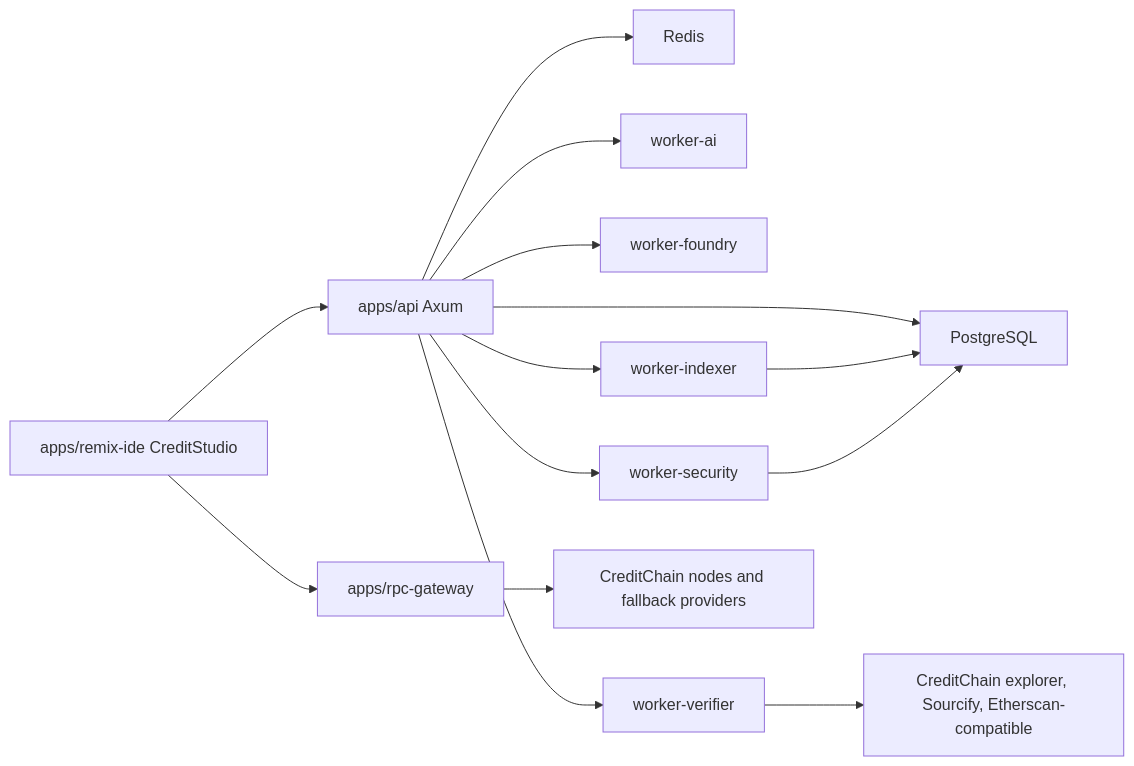
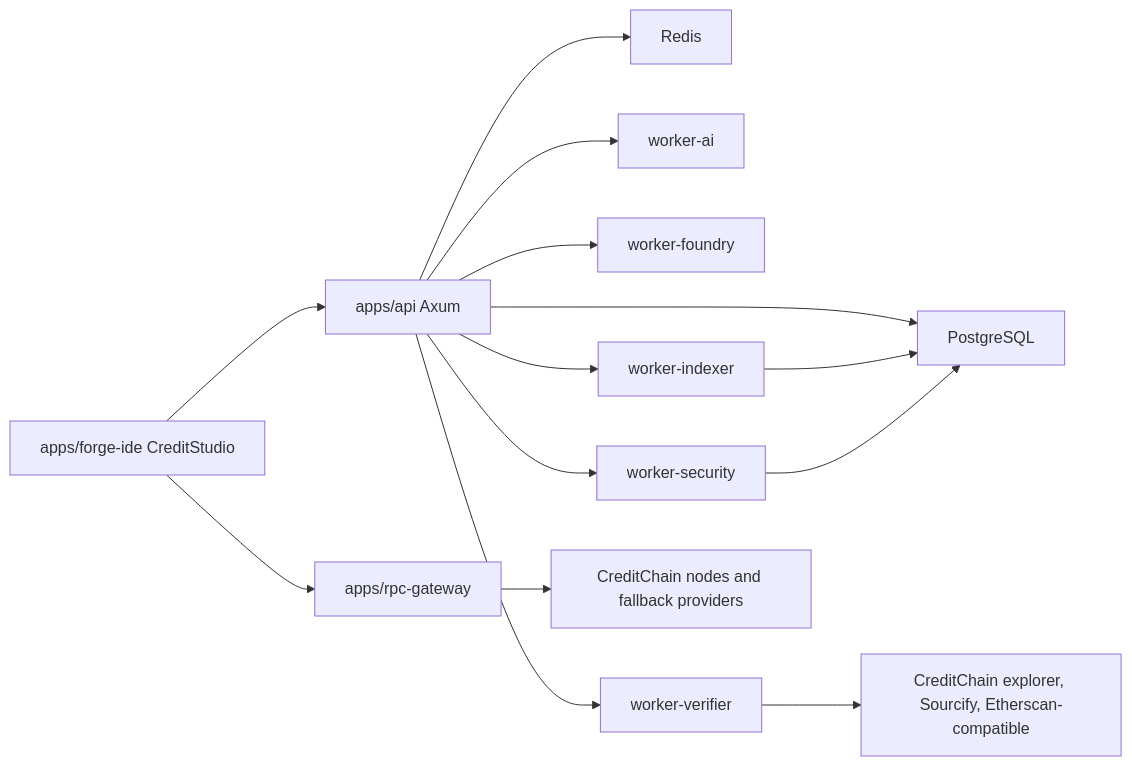
One commit to openibank/forge changed the diagram in docs/creditforge/ARCHITECTURE.md. Above: the diagram before and after it, drawn with Mermaid. The commit also changed 3483 other files, not shown here.

Commit message:
Rebrand workspace to CreditChain Forge

````diff
--- a/docs/creditforge/ARCHITECTURE.md
+++ b/docs/creditforge/ARCHITECTURE.md
@@ -37,16 +37,16 @@
 ```mermaid
 flowchart LR
-  Web["apps/remix-ide CreditStudio"] --> API["apps/api Axum"]
+  Web["apps/forge-ide CreditStudio"] --> API["apps/api Axum"]
   Web --> RPC["apps/rpc-gateway"]
   API --> DB["PostgreSQL"]
   API --> Redis["Redis"]
   API --> AI["worker-ai"]
   API --> Foundry["worker-foundry"]
   API --> Security["worker-security"]
   API --> Verifier["worker-verifier"]
   API --> Indexer["worker-indexer"]
   RPC --> Upstreams["CreditChain nodes and fallback providers"]
   Indexer --> DB
   Security --> DB
   Verifier --> Explorers["CreditChain explorer, Sourcify, Etherscan-compatible"]
 ```
````
